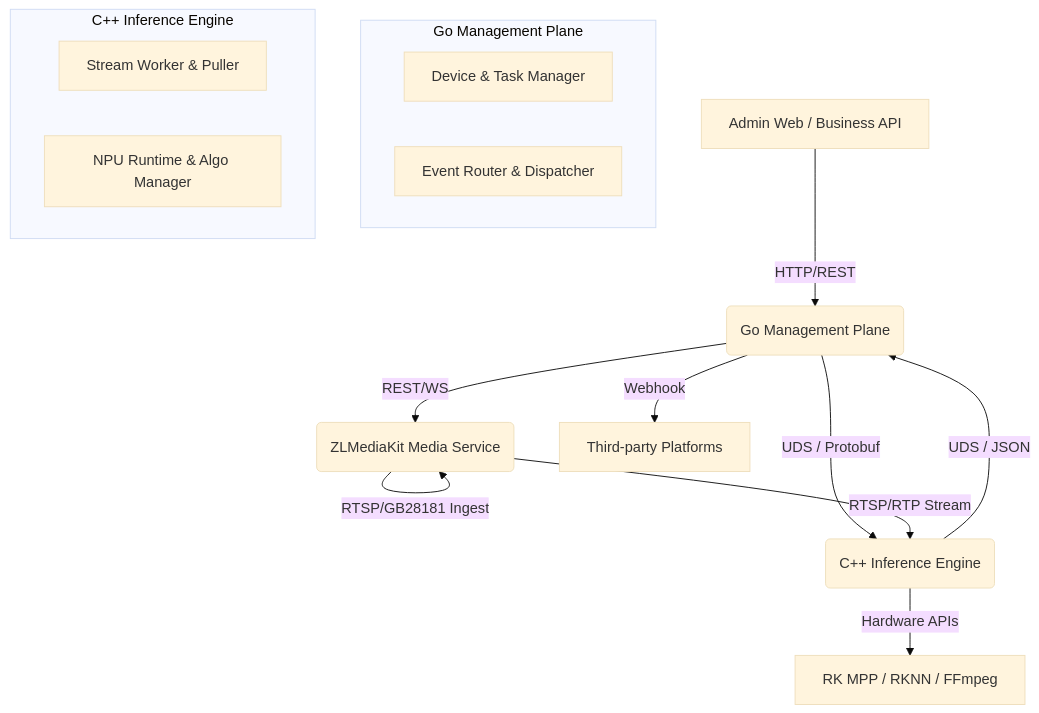
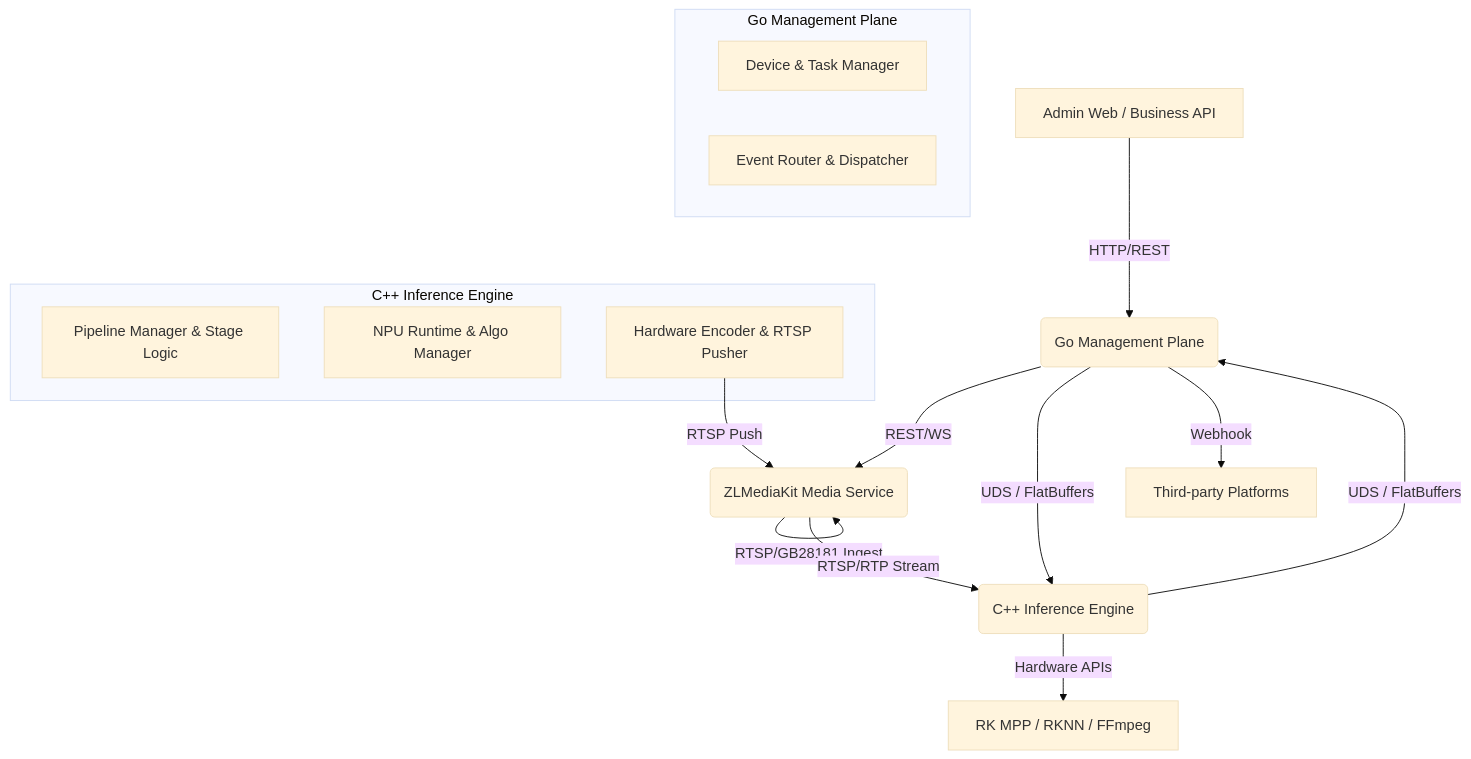
One commit to nikonikowuw/aivisioninference changed the fifth of 8 diagrams in prd/prd-draft.md. Above: the diagram before and after it, drawn with Mermaid (base theme). The commit also changed other lines of this file, not shown here.

````diff
--- a/prd/prd-draft.md
+++ b/prd/prd-draft.md
@@ -1924,21 +2349,24 @@
 ```mermaid
 graph TD
     A[Admin Web / Business API] -->|HTTP/REST| B(Go Management Plane)
     B -->|REST/WS| C(ZLMediaKit Media Service)
     C -->|RTSP/GB28181 Ingest| C
-    B -->|UDS / Protobuf| D(C++ Inference Engine)
+    B -->|UDS / FlatBuffers| D(C++ Inference Engine)
     C -->|RTSP/RTP Stream| D
     D -->|Hardware APIs| E[RK MPP / RKNN / FFmpeg]
-    D -->|UDS / JSON| B
+    D -->|UDS / FlatBuffers| B
     B -->|Webhook| F[Third-party Platforms]
 
     subgraph Go Management Plane
     B1[Device & Task Manager]
     B2[Event Router & Dispatcher]
     end
 
     subgraph C++ Inference Engine
-    D1[Stream Worker & Puller]
+    D1[Pipeline Manager & Stage Logic]
     D2[NPU Runtime & Algo Manager]
+    D3[Hardware Encoder & RTSP Pusher]
     end
+    
+    D3 -->|RTSP Push| C
 ```
````
